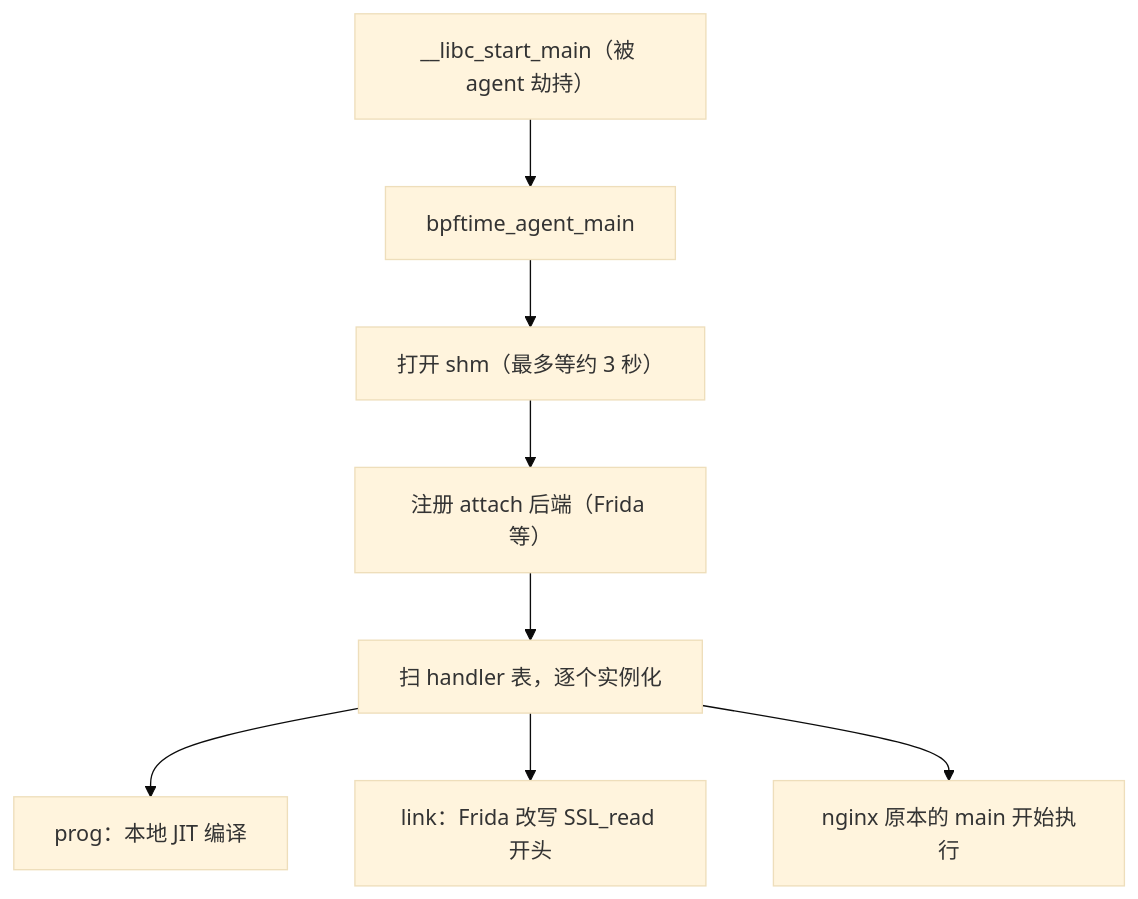
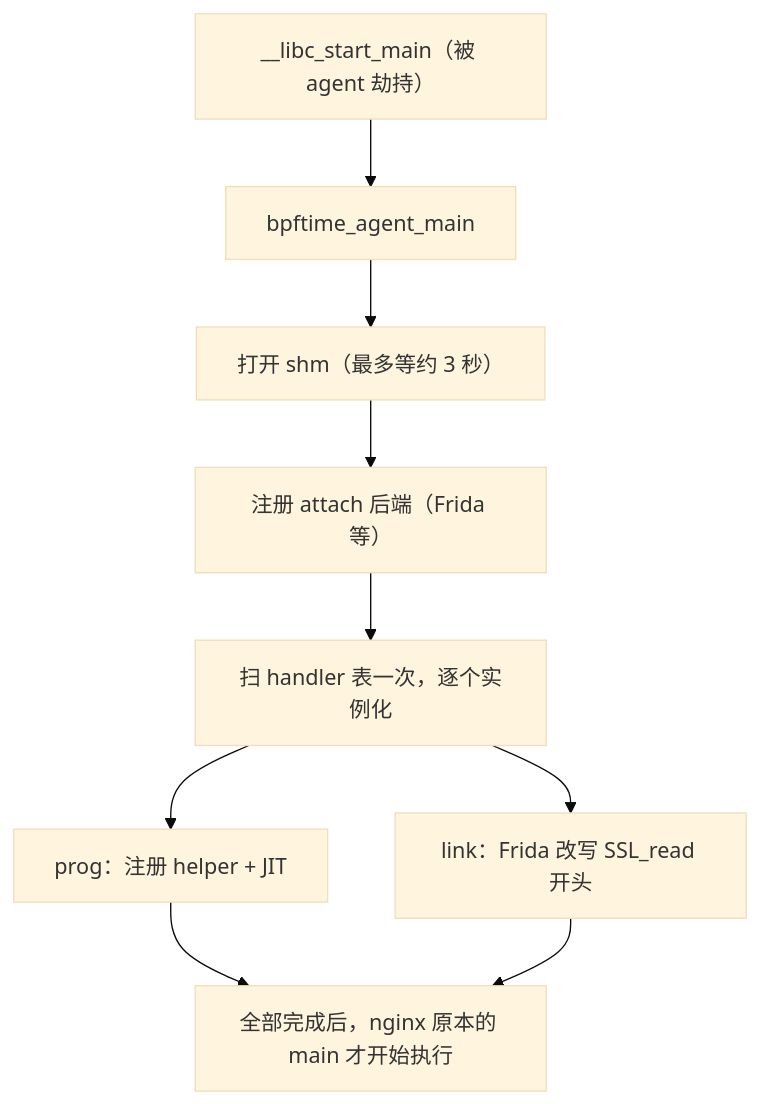
One commit to plsy1/bpftime-benchmark changed the third of 4 diagrams in 01-lifecycle.md. Above: the diagram before and after it, drawn with Mermaid (base theme). The commit also changed other lines of this file and 40 other files, not shown here.

````diff
--- a/01-lifecycle.md
+++ b/01-lifecycle.md
@@ -347,10 +315,11 @@
 ```mermaid
 graph TD
     A["__libc_start_main（被 agent 劫持）"] --> B["bpftime_agent_main"]
     B --> C["打开 shm（最多等约 3 秒）"]
     C --> D["注册 attach 后端（Frida 等）"]
-    D --> E["扫 handler 表，逐个实例化"]
-    E --> F["prog：本地 JIT 编译"]
+    D --> E["扫 handler 表一次，逐个实例化"]
+    E --> F["prog：注册 helper + JIT"]
     E --> G["link：Frida 改写 SSL_read 开头"]
-    E --> H["nginx 原本的 main 开始执行"]
+    F --> H["全部完成后，nginx 原本的 main 才开始执行"]
+    G --> H
 ```
````
